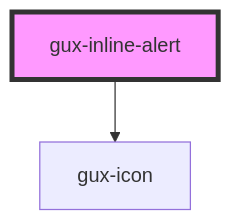
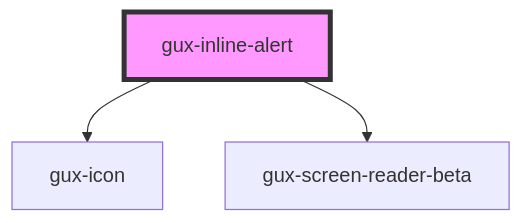
One commit to MyPureCloud/genesys-spark changed the diagram in packages/genesys-spark-components/src/components/stable/gux-inline-alert/readme.md. Above: the diagram before and after it, drawn with Mermaid. The commit also changed other lines of this file and 6 other files, not shown here.

First line of the commit message:
fix(inline-alert): fix screen-reader stylings

````diff
--- a/packages/genesys-spark-components/src/components/stable/gux-inline-alert/readme.md
+++ b/packages/genesys-spark-components/src/components/stable/gux-inline-alert/readme.md
@@ -29,5 +30,6 @@
 ```mermaid
 graph TD;
   gux-inline-alert --> gux-icon
+  gux-inline-alert --> gux-screen-reader-beta
   style gux-inline-alert fill:#f9f,stroke:#333,stroke-width:4px
 ```
````
